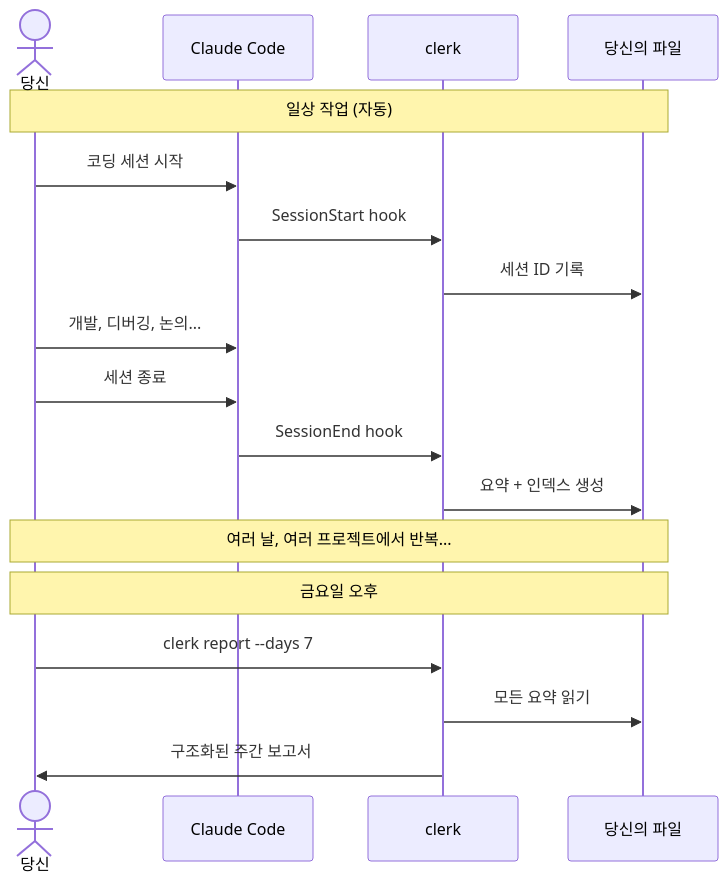
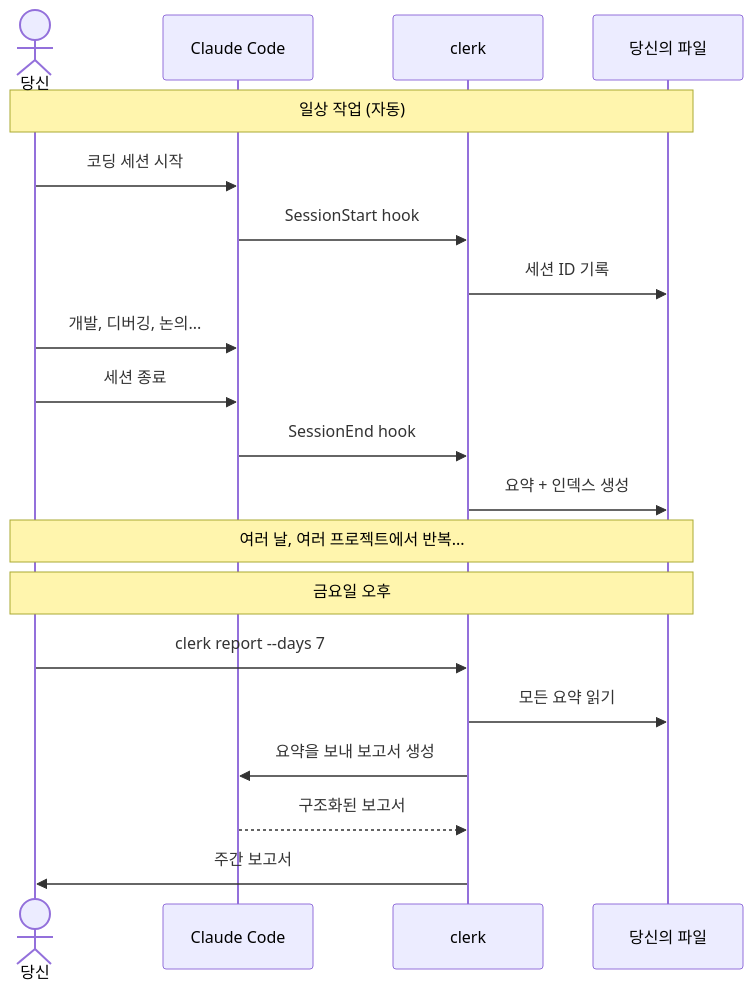
One commit to vulcanshen/clerk changed the second of 2 diagrams in README.ko.md. Above: the diagram before and after it, drawn with Mermaid. The commit also changed 3 other files, not shown here.

Commit message:
docs: add Claude report generation step to user journey diagram

````diff
--- a/README.ko.md
+++ b/README.ko.md
@@ -91,24 +91,26 @@
 ```mermaid
 sequenceDiagram
     actor You as 당신
     participant CC as Claude Code
     participant clerk
     participant Files as 당신의 파일
 
     Note over You,Files: 일상 작업 (자동)
     You->>CC: 코딩 세션 시작
     CC->>clerk: SessionStart hook
     clerk->>Files: 세션 ID 기록
 
     You->>CC: 개발, 디버깅, 논의...
     You->>CC: 세션 종료
     CC->>clerk: SessionEnd hook
     clerk->>Files: 요약 + 인덱스 생성
 
     Note over You,Files: 여러 날, 여러 프로젝트에서 반복...
 
     Note over You,Files: 금요일 오후
     You->>clerk: clerk report --days 7
     clerk->>Files: 모든 요약 읽기
-    clerk->>You: 구조화된 주간 보고서
+    clerk->>CC: 요약을 보내 보고서 생성
+    CC-->>clerk: 구조화된 보고서
+    clerk->>You: 주간 보고서
 ```
````
